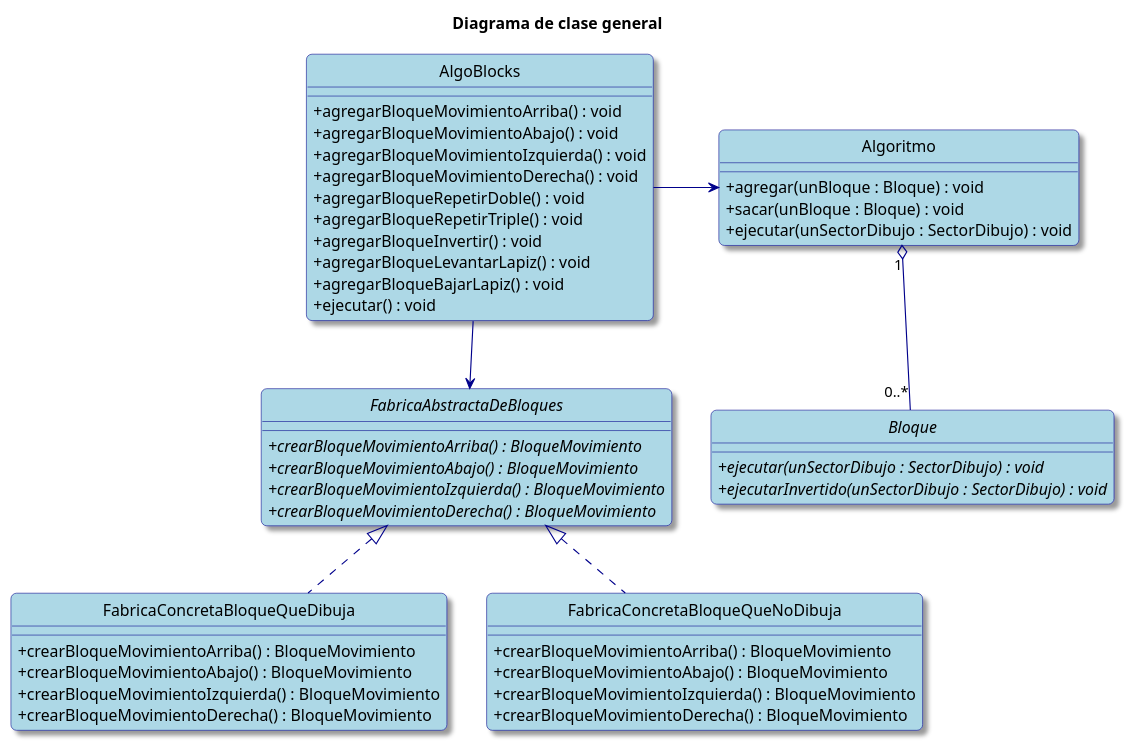
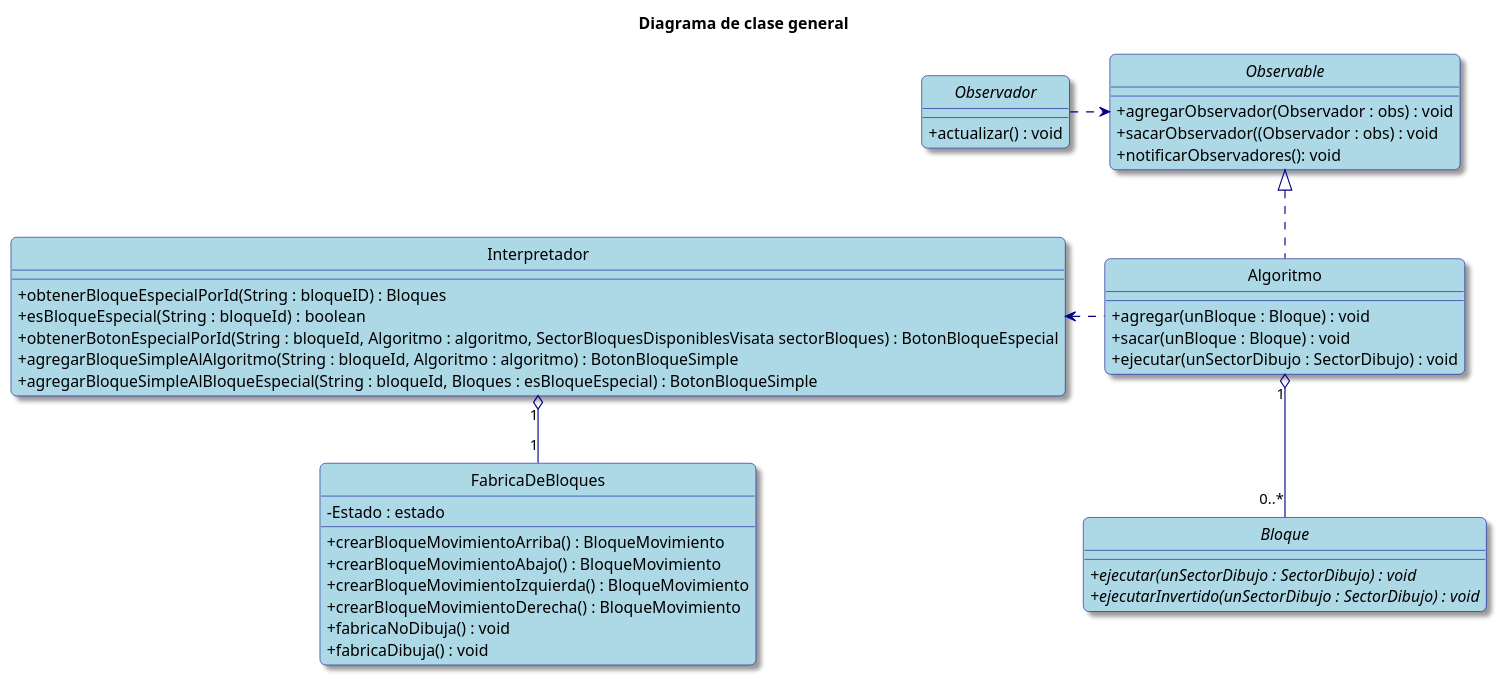
The first of 4 diagrams in diagramas-clases.puml (valva-ro/Algo3-TP2-AlgoBlocks), drawn with PlantUML before and after one commit. The commit also changed other lines of this file and 3 other files, not shown here.

Commit message:
actualize el diagrama de clases, desabilite un metodo en FabricaDeBloques que no se usaba, hice un fix sobre los BotonBloqueEspecial

```diff
--- a/diagramas-clases.puml
+++ b/diagramas-clases.puml
@@ -1,70 +1,68 @@
 @startuml
 hide circle
 skinparam classAttributeIconSize 0
 skinparam backgroundColor White
 skinparam RoundCorner 10
 skinparam Shadowing true
 
 skinparam class {
     ArrowColor DarkBlue
     BackgroundColor LightBlue
     BorderColor DarkBlue
 }
 
 skinparam note {
     BackgroundColor LightYellow
     BorderColor DarkBlue
 }
 
 title Diagrama de clase general
 
-class AlgoBlocks {
-    + agregarBloqueMovimientoArriba() : void
-    + agregarBloqueMovimientoAbajo() : void
-    + agregarBloqueMovimientoIzquierda() : void
-    + agregarBloqueMovimientoDerecha() : void
-    + agregarBloqueRepetirDoble() : void
-    + agregarBloqueRepetirTriple() : void
-    + agregarBloqueInvertir() : void
-    + agregarBloqueLevantarLapiz() : void
-    + agregarBloqueBajarLapiz() : void
-    + ejecutar() : void
+interface Observable{
+    +agregarObservador(Observador : obs) : void
+    +sacarObservador((Observador : obs) : void
+    +notificarObservadores(): void
 }
 
-interface FabricaAbstractaDeBloques {
-    + {abstract} crearBloqueMovimientoArriba() : BloqueMovimiento
-    + {abstract} crearBloqueMovimientoAbajo() : BloqueMovimiento
-    + {abstract} crearBloqueMovimientoIzquierda() : BloqueMovimiento
-    + {abstract} crearBloqueMovimientoDerecha() : BloqueMovimiento
+interface Observador{
+    +actualizar() : void
 }
-class FabricaConcretaBloqueQueDibuja {
+
+class Interpretador {
+    + obtenerBloqueEspecialPorId(String : bloqueID) : Bloques
+    + esBloqueEspecial(String : bloqueId) :  boolean
+    + obtenerBotonEspecialPorId(String : bloqueId, Algoritmo : algoritmo, SectorBloquesDisponiblesVisata sectorBloques) : BotonBloqueEspecial
+    + agregarBloqueSimpleAlAlgoritmo(String : bloqueId, Algoritmo : algoritmo) : BotonBloqueSimple
+    + agregarBloqueSimpleAlBloqueEspecial(String : bloqueId, Bloques : esBloqueEspecial) : BotonBloqueSimple
+
+}
+
+class FabricaDeBloques {
+    - Estado : estado
     + crearBloqueMovimientoArriba() : BloqueMovimiento
     + crearBloqueMovimientoAbajo() : BloqueMovimiento
     + crearBloqueMovimientoIzquierda() : BloqueMovimiento
     + crearBloqueMovimientoDerecha() : BloqueMovimiento
+    + fabricaNoDibuja() : void
+    + fabricaDibuja() : void
 }
-class FabricaConcretaBloqueQueNoDibuja {
-    + crearBloqueMovimientoArriba() : BloqueMovimiento
-    + crearBloqueMovimientoAbajo() : BloqueMovimiento
-    + crearBloqueMovimientoIzquierda() : BloqueMovimiento
-    + crearBloqueMovimientoDerecha() : BloqueMovimiento
-}
+
 
 interface Bloque {
     + {abstract} ejecutar(unSectorDibujo : SectorDibujo) : void
     + {abstract} ejecutarInvertido(unSectorDibujo : SectorDibujo) : void
 }
 
 class Algoritmo {
     + agregar(unBloque : Bloque) : void
     + sacar(unBloque : Bloque) : void
     + ejecutar(unSectorDibujo : SectorDibujo) : void
 }
 
 Algoritmo "1" o-- "0..*" Bloque
+Interpretador <..right Algoritmo
+Interpretador "1" o--down "1" FabricaDeBloques
+Observable <|.. Algoritmo
+Observable <..left Observador
 
-AlgoBlocks -> Algoritmo
-AlgoBlocks --> FabricaAbstractaDeBloques
-FabricaAbstractaDeBloques <|.. FabricaConcretaBloqueQueDibuja
-FabricaAbstractaDeBloques <|.. FabricaConcretaBloqueQueNoDibuja
 @enduml
```
